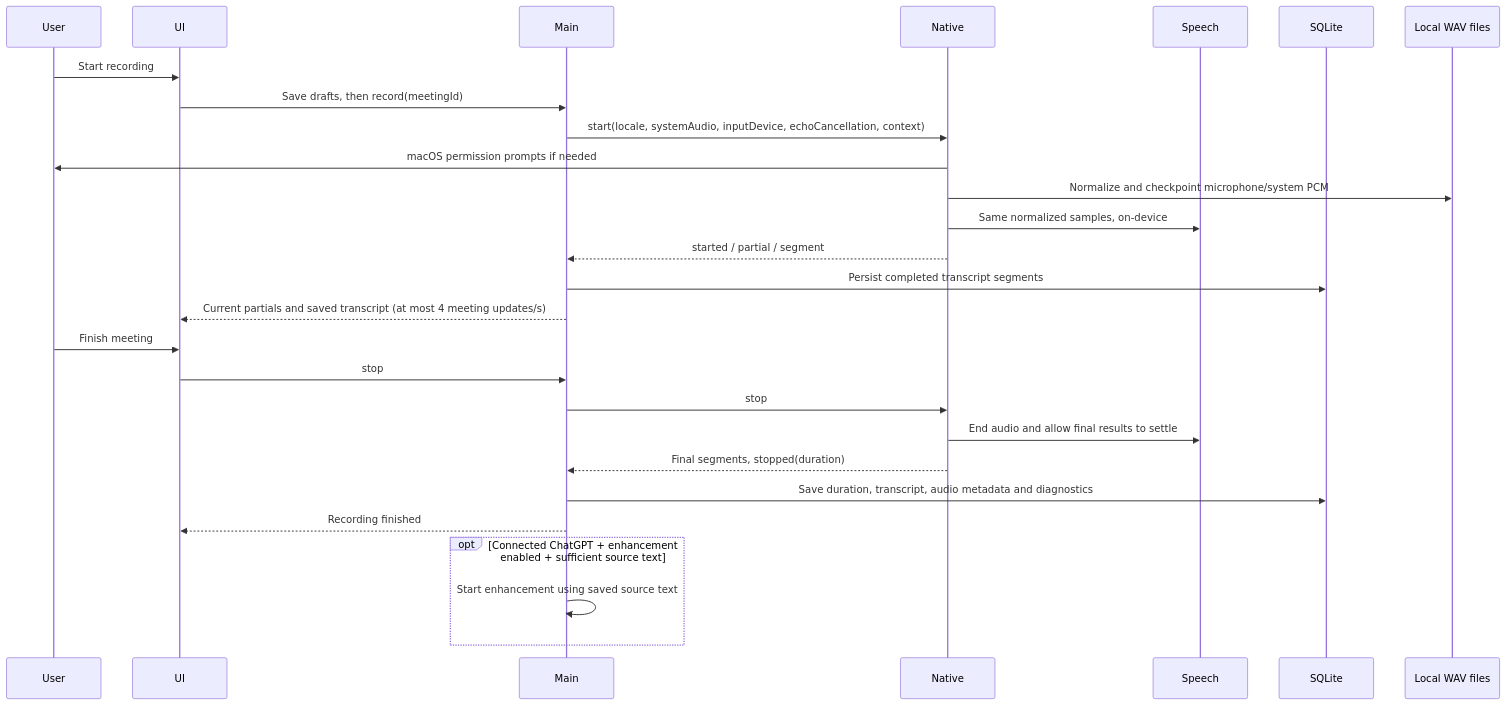
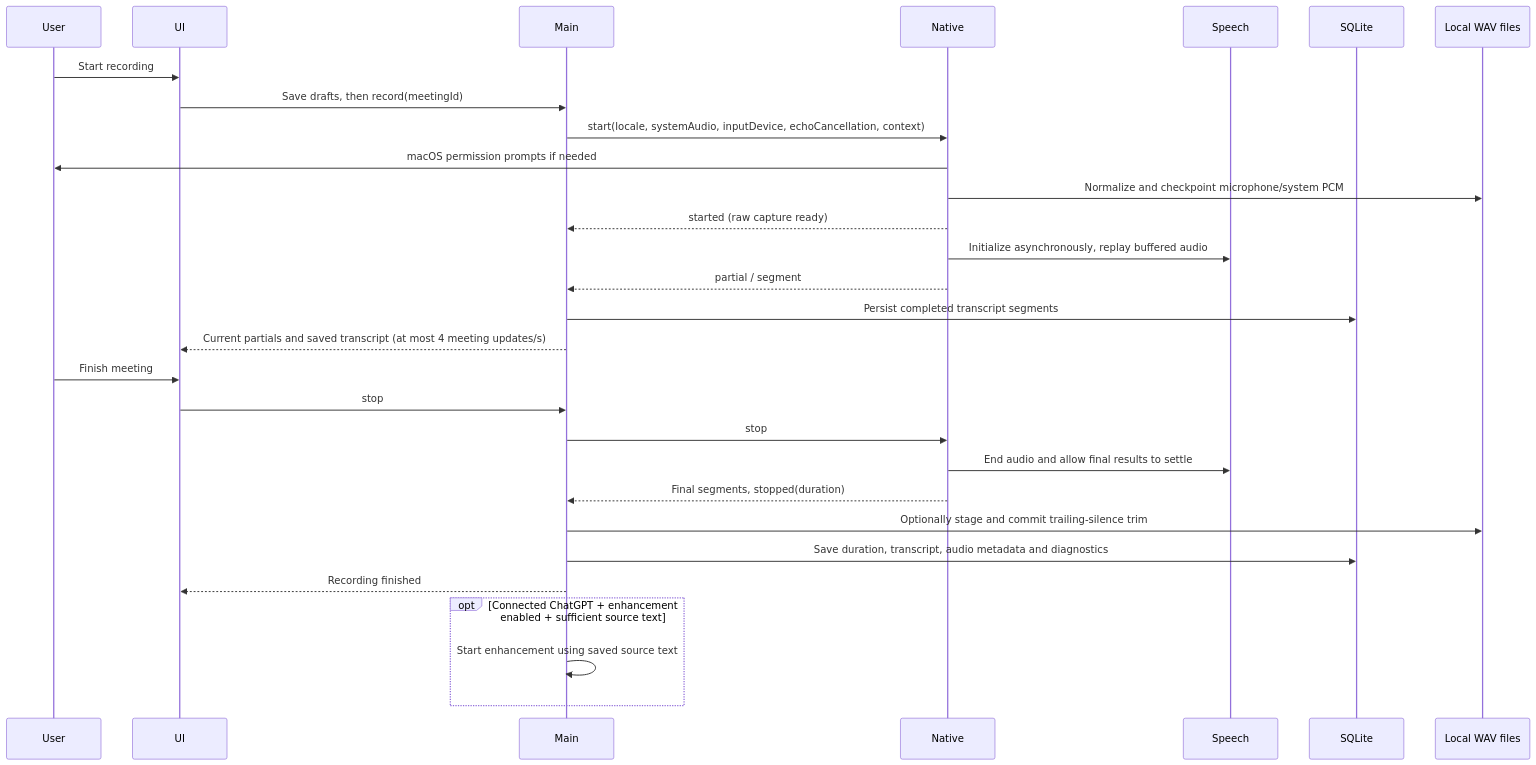
Before and after one commit to Michael-Ma/stillnote: the second of 2 diagrams in docs/ARCHITECTURE.md, drawn with Mermaid. The commit also changed other lines of this file and 9 other files, not shown here.

Commit message:
fix: preserve audio on trim failures and document current workflows

````diff
--- a/docs/ARCHITECTURE.md
+++ b/docs/ARCHITECTURE.md
@@ -92,29 +94,31 @@
 ```mermaid
 sequenceDiagram
     participant User
     participant UI
     participant Main
     participant Native
     participant Speech
     participant DB as SQLite
     participant Audio as Local WAV files
     User->>UI: Start recording
     UI->>Main: Save drafts, then record(meetingId)
     Main->>Native: start(locale, systemAudio, inputDevice, echoCancellation, context)
     Native->>User: macOS permission prompts if needed
     Native->>Audio: Normalize and checkpoint microphone/system PCM
-    Native->>Speech: Same normalized samples, on-device
-    Native-->>Main: started / partial / segment
+    Native-->>Main: started (raw capture ready)
+    Native->>Speech: Initialize asynchronously, replay buffered audio
+    Native-->>Main: partial / segment
     Main->>DB: Persist completed transcript segments
     Main-->>UI: Current partials and saved transcript (at most 4 meeting updates/s)
     User->>UI: Finish meeting
     UI->>Main: stop
     Main->>Native: stop
     Native->>Speech: End audio and allow final results to settle
     Native-->>Main: Final segments, stopped(duration)
+    Main->>Audio: Optionally stage and commit trailing-silence trim
     Main->>DB: Save duration, transcript, audio metadata and diagnostics
     Main-->>UI: Recording finished
     opt Connected ChatGPT + enhancement enabled + sufficient source text
       Main->>Main: Start enhancement using saved source text
     end
 ```
````
